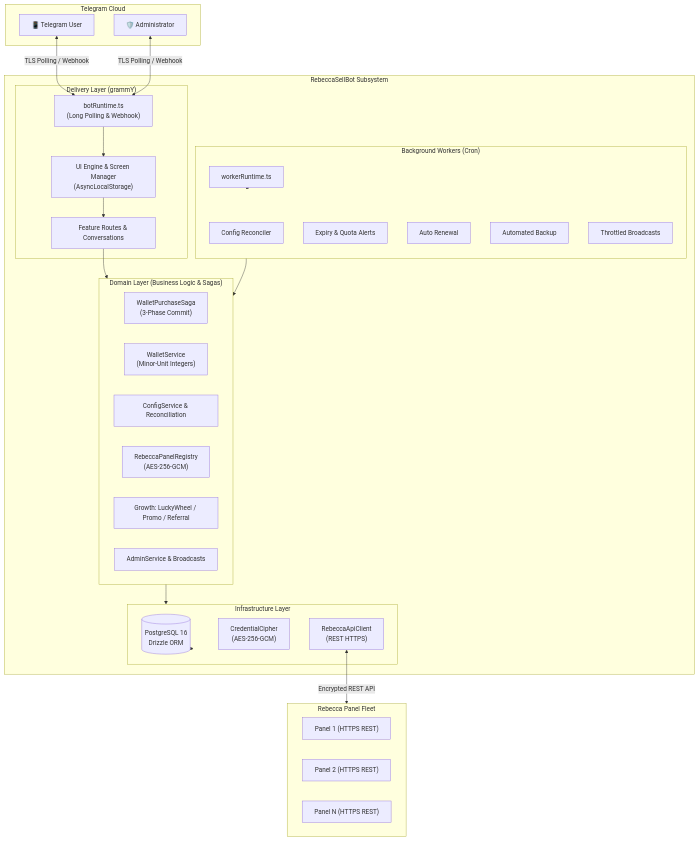
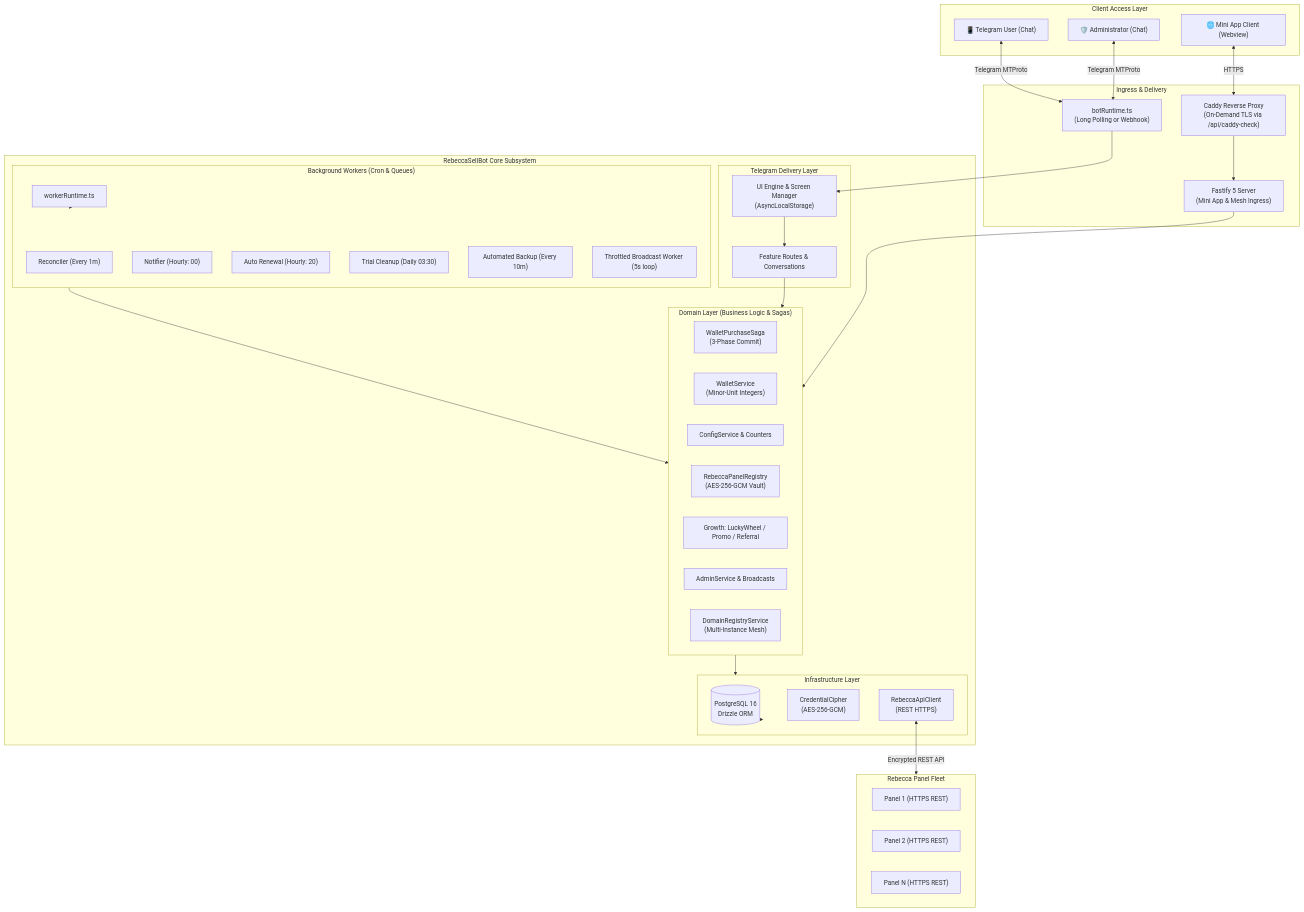
The diagram in docs/architecture.md (Ho3einK84/RebeccaSellBot), drawn with Mermaid before and after one commit. The commit also changed other lines of this file and 4 other files, not shown here.

First line of the commit message:
docs: streamline README and modernize architecture & deployment guides

````diff
--- a/docs/architecture.md
+++ b/docs/architecture.md
@@ -9,54 +9,64 @@
 ```mermaid
 flowchart TD
-    subgraph Telegram["Telegram Cloud"]
-        User["📱 Telegram User"]
-        Admin["🛡️ Administrator"]
+    subgraph Clients["Client Access Layer"]
+        User["📱 Telegram User (Chat)"]
+        Admin["🛡️ Administrator (Chat)"]
+        WebAppUser["🌐 Mini App Client (Webview)"]
     end
 
-    subgraph RSBot["RebeccaSellBot Subsystem"]
-        subgraph Delivery["Delivery Layer (grammY)"]
-            BotRuntime["botRuntime.ts\n(Long Polling & Webhook)"]
+    subgraph Ingress["Ingress & Delivery"]
+        Caddy["Caddy Reverse Proxy\n(On-Demand TLS via /api/caddy-check)"]
+        BotRuntime["botRuntime.ts\n(Long Polling or Webhook)"]
+        FastifyServer["Fastify 5 Server\n(Mini App & Mesh Ingress)"]
+    end
+
+    subgraph RSBot["RebeccaSellBot Core Subsystem"]
+        subgraph TelegramSubsystem["Telegram Delivery Layer"]
             UIEngine["UI Engine & Screen Manager\n(AsyncLocalStorage)"]
             Router["Feature Routes & Conversations"]
         end
 
         subgraph Domain["Domain Layer (Business Logic & Sagas)"]
             PurchaseSaga["WalletPurchaseSaga\n(3-Phase Commit)"]
             WalletSvc["WalletService\n(Minor-Unit Integers)"]
-            ConfigSvc["ConfigService & Reconciliation"]
-            PanelRegistry["RebeccaPanelRegistry\n(AES-256-GCM)"]
+            ConfigSvc["ConfigService & Counters"]
+            PanelRegistry["RebeccaPanelRegistry\n(AES-256-GCM Vault)"]
             GrowthEngine["Growth: LuckyWheel / Promo / Referral"]
             AdminSvc["AdminService & Broadcasts"]
+            MeshRegistry["DomainRegistryService\n(Multi-Instance Mesh)"]
         end
 
-        subgraph Workers["Background Workers (Cron)"]
+        subgraph Workers["Background Workers (Cron & Queues)"]
             WorkerRuntime["workerRuntime.ts"]
-            Reconciler["Config Reconciler"]
-            Notifier["Expiry & Quota Alerts"]
-            AutoRenew["Auto Renewal"]
-            BackupJob["Automated Backup"]
-            BroadcastJob["Throttled Broadcasts"]
+            Reconciler["Reconciler (Every 1m)"]
+            Notifier["Notifier (Hourly: 00)"]
+            AutoRenew["Auto Renewal (Hourly: 20)"]
+            TrialCleanup["Trial Cleanup (Daily 03:30)"]
+            BackupJob["Automated Backup (Every 10m)"]
+            BroadcastJob["Throttled Broadcast Worker (5s loop)"]
         end
 
         subgraph Infra["Infrastructure Layer"]
             DB[(PostgreSQL 16\nDrizzle ORM)]
             Cipher["CredentialCipher\n(AES-256-GCM)"]
             ApiClient["RebeccaApiClient\n(REST HTTPS)"]
         end
     end
 
     subgraph Panels["Rebecca Panel Fleet"]
         P1["Panel 1 (HTTPS REST)"]
         P2["Panel 2 (HTTPS REST)"]
         PN["Panel N (HTTPS REST)"]
     end
 
-    User <-->|TLS Polling / Webhook| BotRuntime
-    Admin <-->|TLS Polling / Webhook| BotRuntime
-    BotRuntime --> UIEngine --> Router
-    Router --> Domain
+    User <-->|Telegram MTProto| BotRuntime
+    Admin <-->|Telegram MTProto| BotRuntime
+    WebAppUser <-->|HTTPS| Caddy
+    Caddy --> FastifyServer
+    BotRuntime --> UIEngine --> Router --> Domain
+    FastifyServer --> Domain
     WorkerRuntime --> Workers --> Domain
     Domain --> Infra
     ApiClient <-->|Encrypted REST API| Panels
     Infra --> DB
 ```
````
